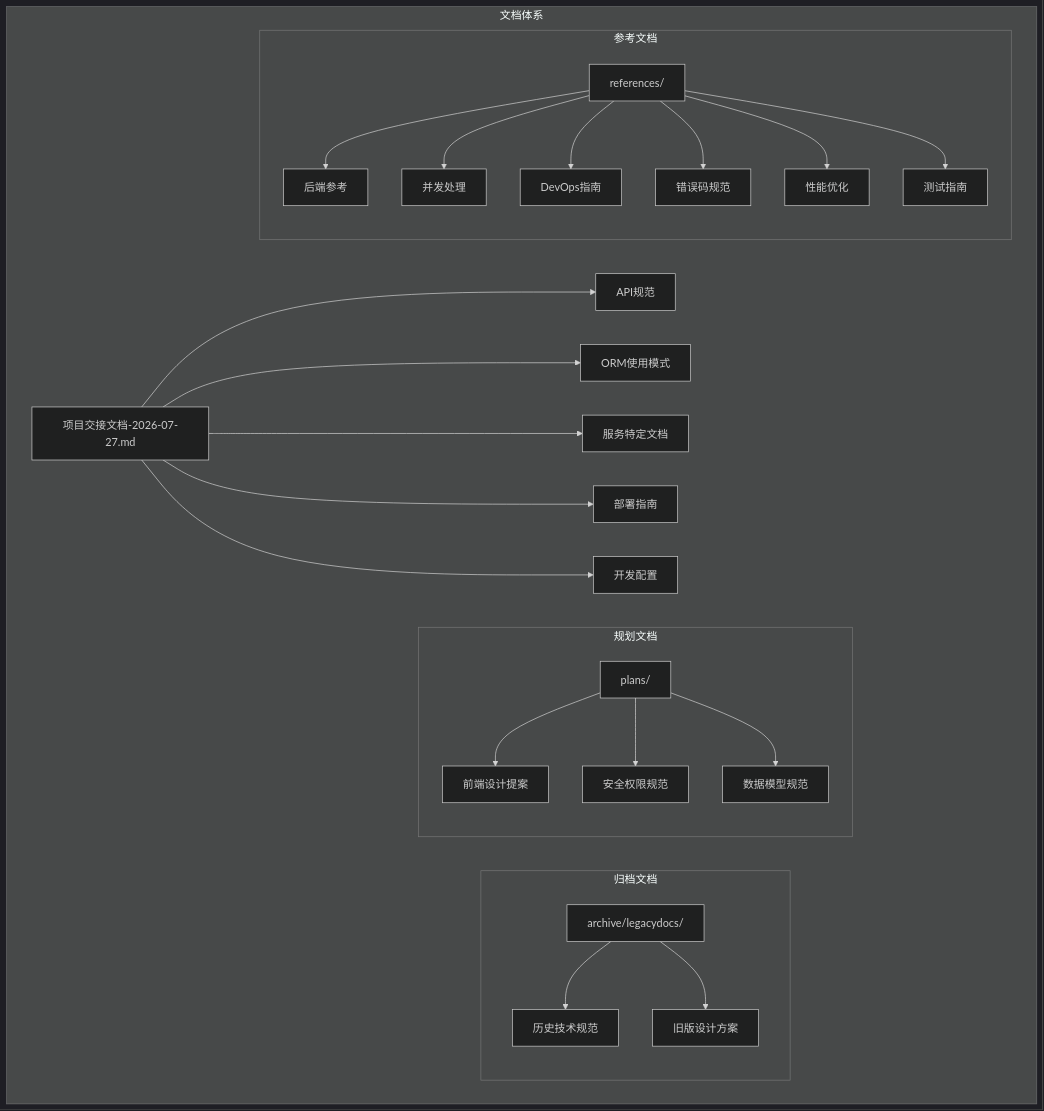
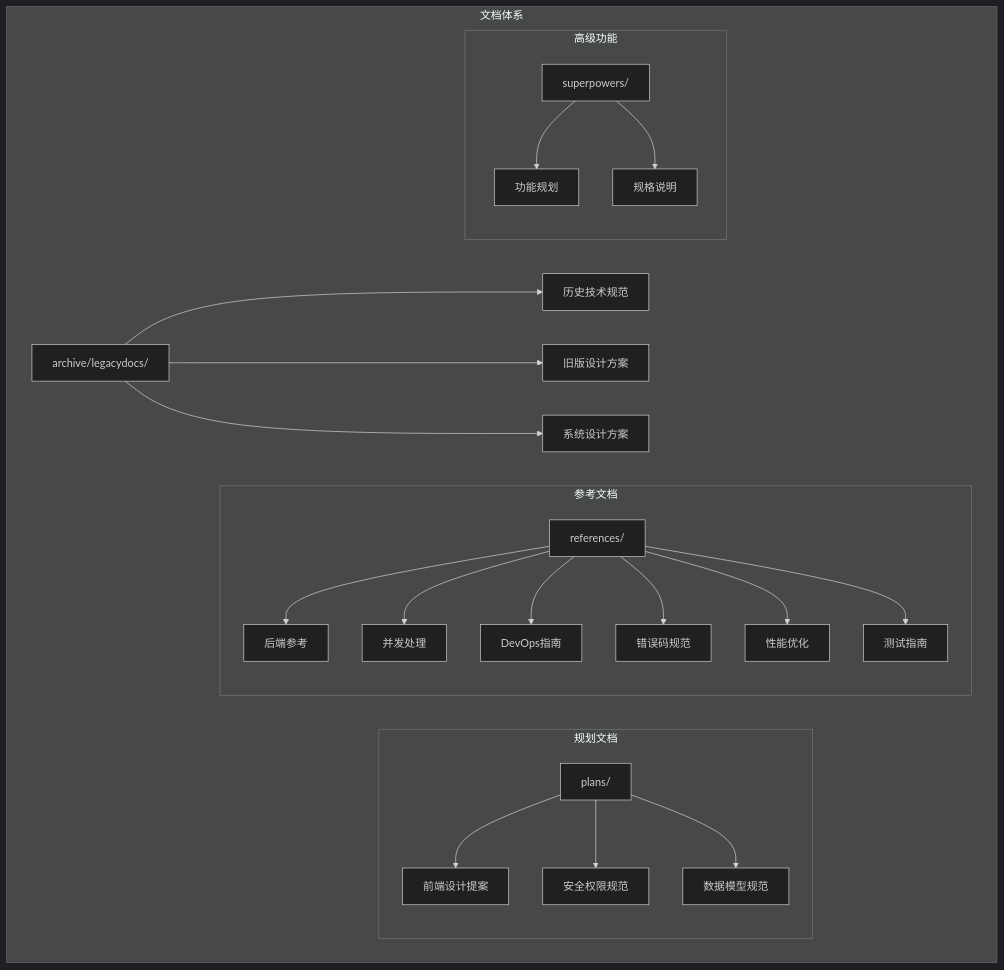
Before and after one commit to Damao997/newproject: the second of 7 diagrams in .qoder/repowiki/zh/content/项目概述.md, drawn with Mermaid (dark theme). The commit also changed other lines of this file and 118 other files, not shown here.

````diff
--- a/.qoder/repowiki/zh/content/项目概述.md
+++ b/.qoder/repowiki/zh/content/项目概述.md
@@ -119,27 +115,25 @@
 ```mermaid
 graph TB
 subgraph "文档体系"
-A["项目交接文档-2026-07-27.md"] --> B["API规范"]
-A --> C["ORM使用模式"]
-A --> D["服务特定文档"]
-A --> E["部署指南"]
-A --> F["开发配置"]
-subgraph "归档文档"
-G["archive/legacydocs/"] --> H["历史技术规范"]
-G --> I["旧版设计方案"]
-end
+A["archive/legacydocs/"] --> B["历史技术规范"]
+A --> C["旧版设计方案"]
+A --> D["系统设计方案"]
 subgraph "规划文档"
-J["plans/"] --> K["前端设计提案"]
-J --> L["安全权限规范"]
-J --> M["数据模型规范"]
+E["plans/"] --> F["前端设计提案"]
+E --> G["安全权限规范"]
+E --> H["数据模型规范"]
 end
 subgraph "参考文档"
-N["references/"] --> O["后端参考"]
-N --> P["并发处理"]
-N --> Q["DevOps指南"]
-N --> R["错误码规范"]
-N --> S["性能优化"]
-N --> T["测试指南"]
+I["references/"] --> J["后端参考"]
+I --> K["并发处理"]
+I --> L["DevOps指南"]
+I --> M["错误码规范"]
+I --> N["性能优化"]
+I --> O["测试指南"]
+end
+subgraph "高级功能"
+P["superpowers/"] --> Q["功能规划"]
+P --> R["规格说明"]
 end
 end
 ```
````
